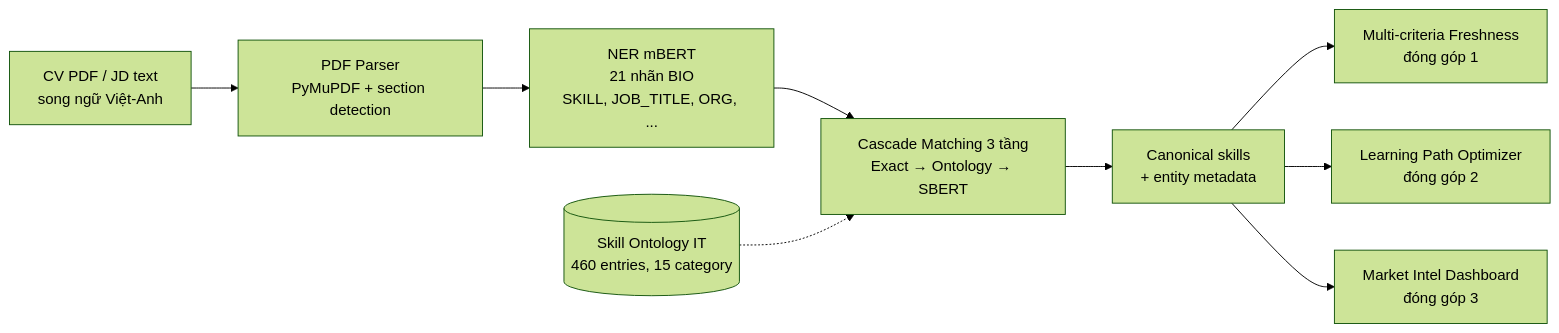
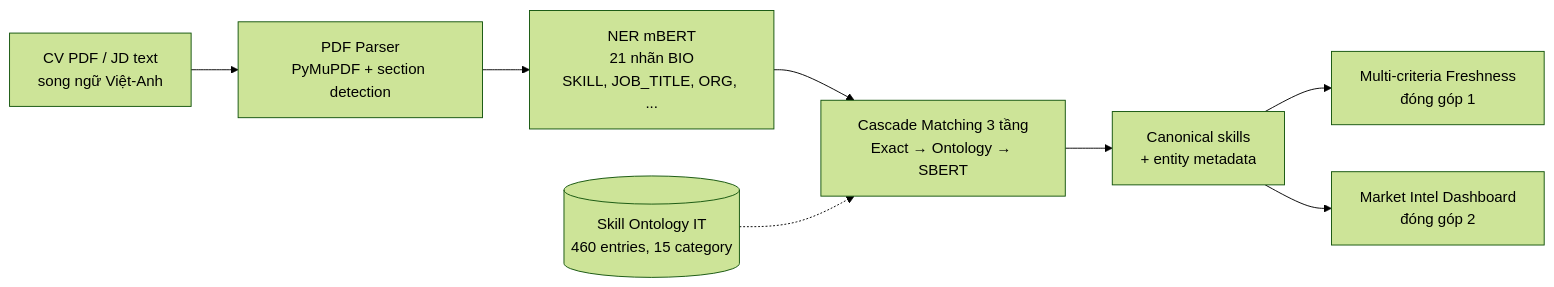
The first of 3 diagrams in thesis_report/chuong3/3.5_thiet_ke_skill_extraction_pipeline.md (dungken/cv-assistant), drawn with Mermaid (forest theme) before and after one commit. The commit also changed other lines of this file and 34 other files, not shown here.

````diff
--- a/thesis_report/chuong3/3.5_thiet_ke_skill_extraction_pipeline.md
+++ b/thesis_report/chuong3/3.5_thiet_ke_skill_extraction_pipeline.md
@@ -9,11 +9,10 @@
 ```mermaid
 flowchart LR
     Input[CV PDF / JD text<br/>song ngữ Việt-Anh] --> Parse[PDF Parser<br/>PyMuPDF + section detection]
     Parse --> NER[NER mBERT<br/>21 nhãn BIO<br/>SKILL, JOB_TITLE, ORG, ...]
     NER --> Cascade[Cascade Matching 3 tầng<br/>Exact → Ontology → SBERT]
     Ontology[(Skill Ontology IT<br/>460 entries, 15 category)] -.-> Cascade
     Cascade --> Out[Canonical skills<br/>+ entity metadata]
     Out --> Out1[Multi-criteria Freshness<br/>đóng góp 1]
-    Out --> Out2[Learning Path Optimizer<br/>đóng góp 2]
-    Out --> Out3[Market Intel Dashboard<br/>đóng góp 3]
+    Out --> Out2[Market Intel Dashboard<br/>đóng góp 2]
 ```
````
